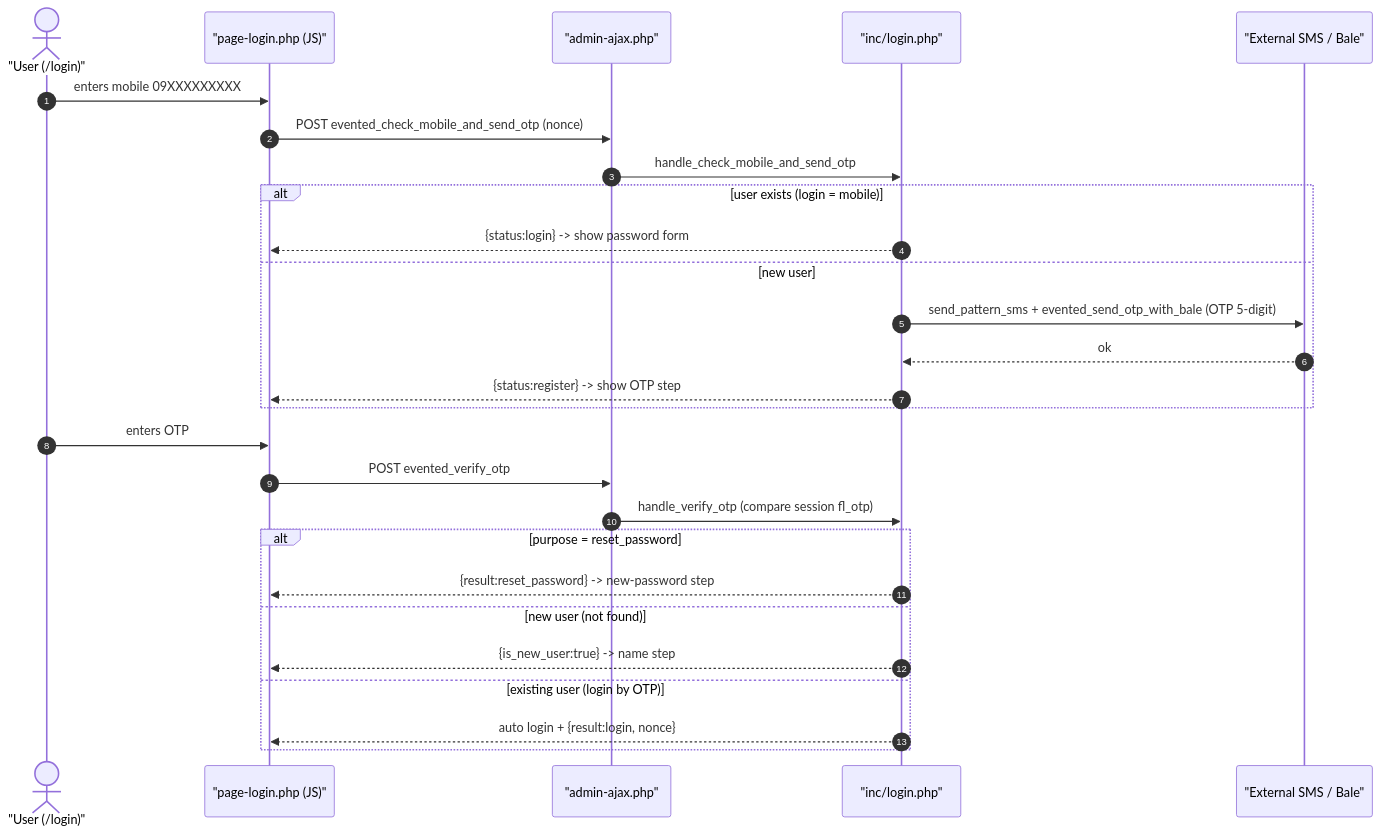
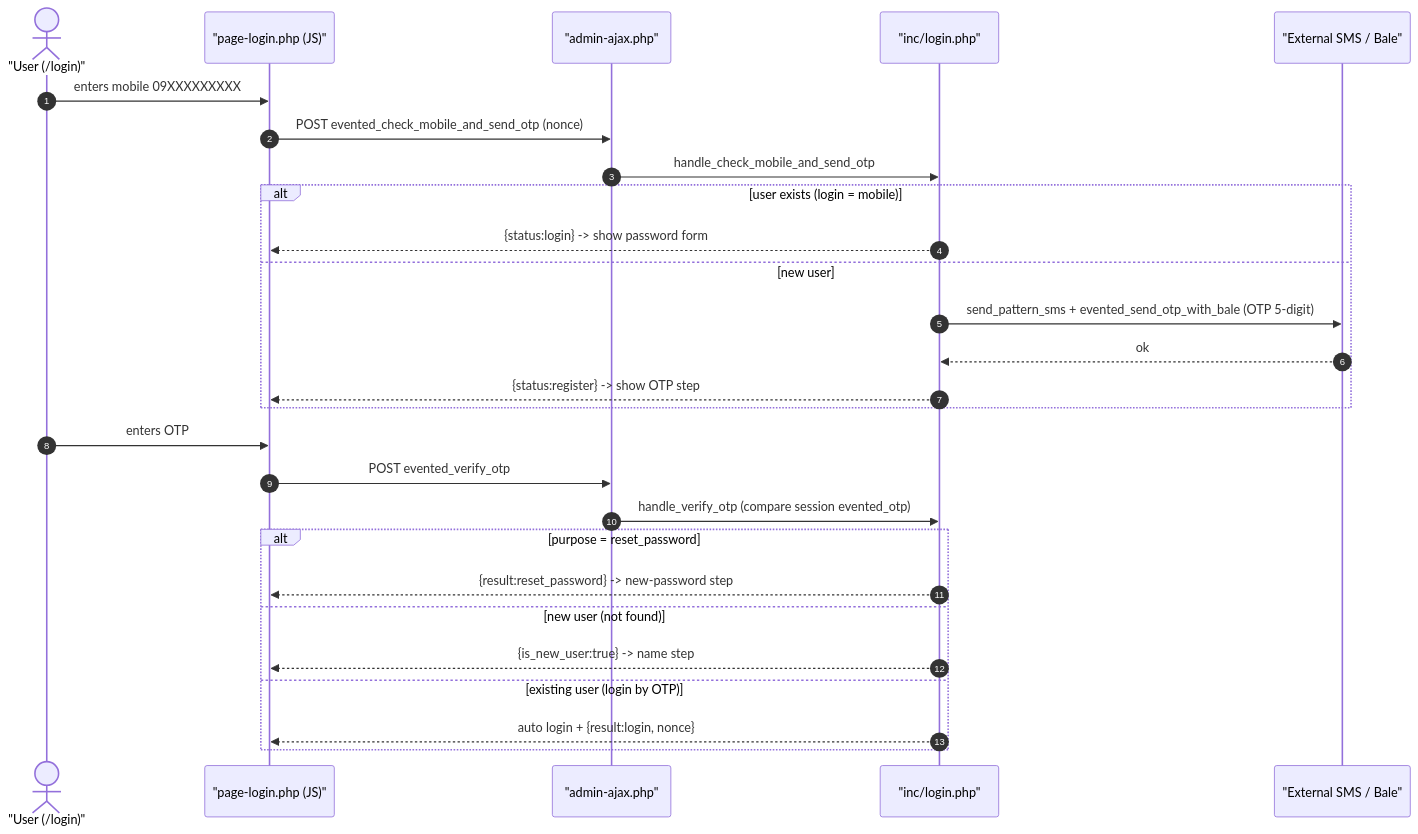
Before and after one commit to ahmad75naraghi/learndash-theme: the third of 7 diagrams in ARCHITECTURE.md, drawn with Mermaid. The commit also changed other lines of this file and 37 other files, not shown here.

````diff
--- a/ARCHITECTURE.md
+++ b/ARCHITECTURE.md
@@ -153,31 +153,31 @@
 ```mermaid
 sequenceDiagram
     autonumber
     actor U as "User (/login)"
     participant P as "page-login.php (JS)"
     participant A as "admin-ajax.php"
     participant S as "inc/login.php"
     participant X as "External SMS / Bale"
 
     U->>P: enters mobile 09XXXXXXXXX
     P->>A: POST evented_check_mobile_and_send_otp (nonce)
     A->>S: handle_check_mobile_and_send_otp
     alt user exists (login = mobile)
         S-->>P: {status:login} -> show password form
     else new user
         S->>X: send_pattern_sms + evented_send_otp_with_bale (OTP 5-digit)
         X-->>S: ok
         S-->>P: {status:register} -> show OTP step
     end
 
     U->>P: enters OTP
     P->>A: POST evented_verify_otp
-    A->>S: handle_verify_otp (compare session fl_otp)
+    A->>S: handle_verify_otp (compare session evented_otp)
     alt purpose = reset_password
         S-->>P: {result:reset_password} -> new-password step
     else new user (not found)
         S-->>P: {is_new_user:true} -> name step
     else existing user (login by OTP)
         S-->>P: auto login + {result:login, nonce}
     end
 ```
````
